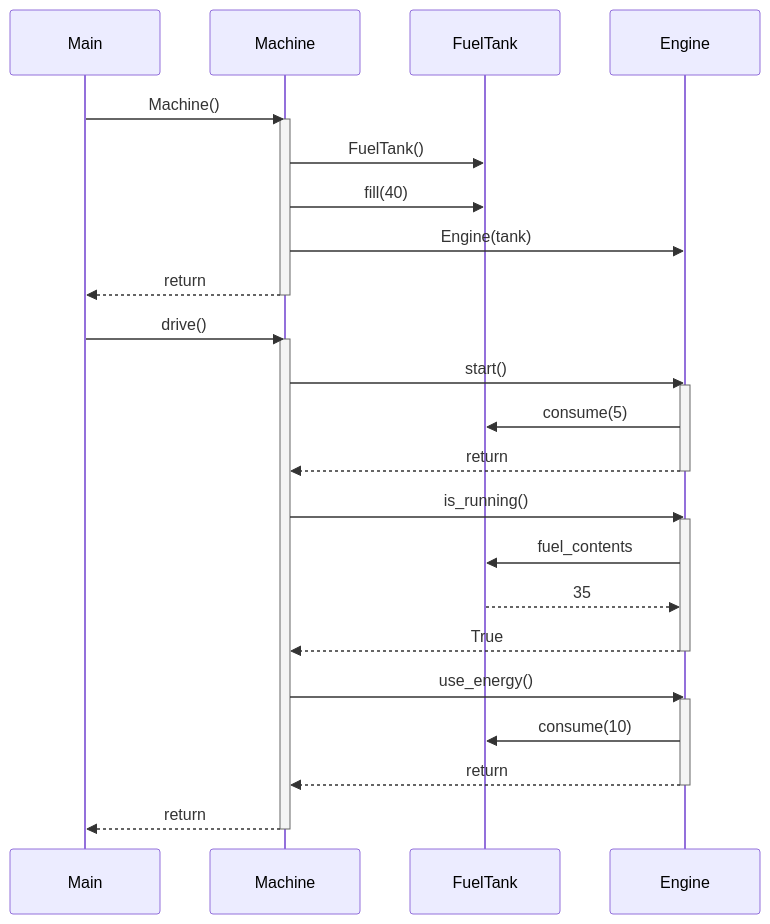
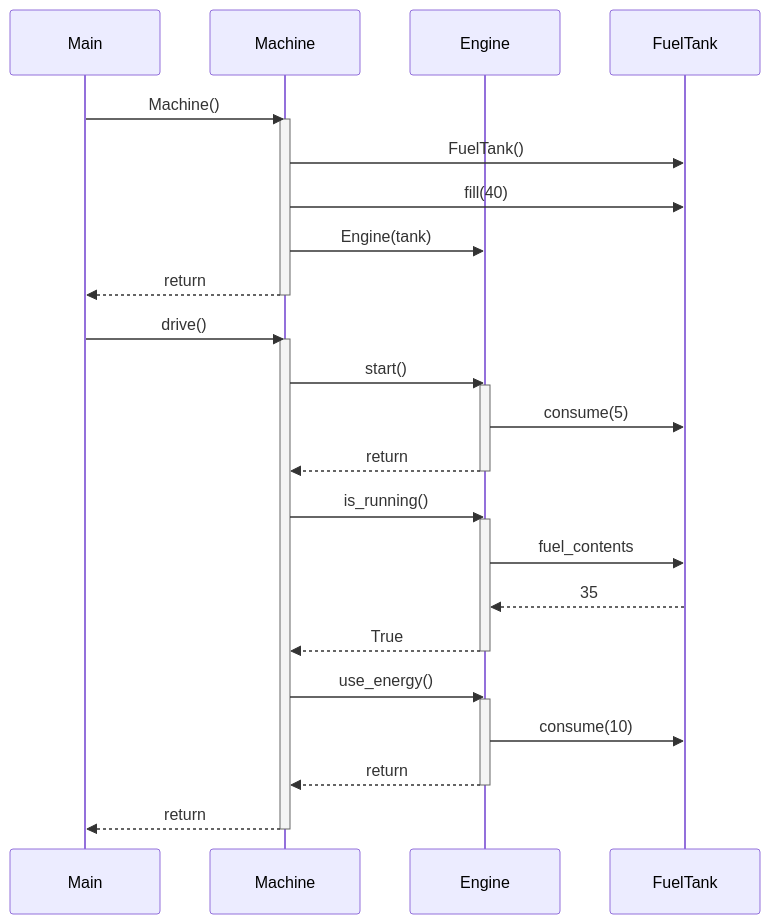
The diagram in laskarit/viikko3/machine.md (ArtturiV/ot-harjoitustyo), drawn with Mermaid before and after one commit. The commit also changed other lines of this file, not shown here.

````diff
--- a/laskarit/viikko3/machine.md
+++ b/laskarit/viikko3/machine.md
@@ -1,35 +1,35 @@
 ```mermaid
  sequenceDiagram
 	participant mn as Main
 	participant mc as Machine
+	participant e as Engine
 	participant f as FuelTank
-	participant e as Engine
 
 	mn->>mc: Machine()
 	activate mc
 	mc->>f: FuelTank()
 	mc->>f: fill(40)
 	mc->>e: Engine(tank)
 	mc-->>mn: return
 	deactivate mc
 	mn->>mc: drive()
 	activate mc
 	mc->>e: start()
 	activate e
 	e->>f: consume(5)
 	e-->>mc: return
 	deactivate e
 	mc->>e: is_running()
 	activate e
 	e->>f: fuel_contents
 	f-->>e: 35
 	e-->>mc: True
 	deactivate e
 	mc->>e: use_energy()
 	activate e
 	e->>f: consume(10)
 	e-->>mc: return
 	deactivate e
 	mc-->>mn: return
 	deactivate mc	
 ```
````
